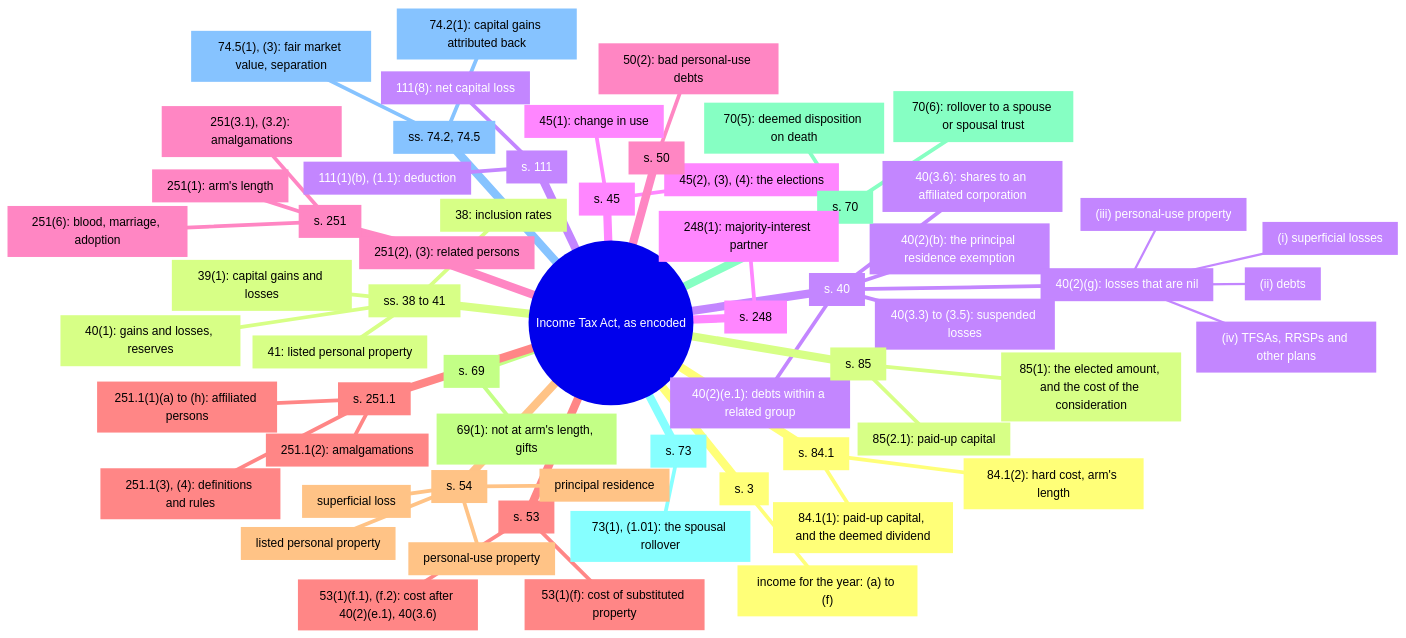
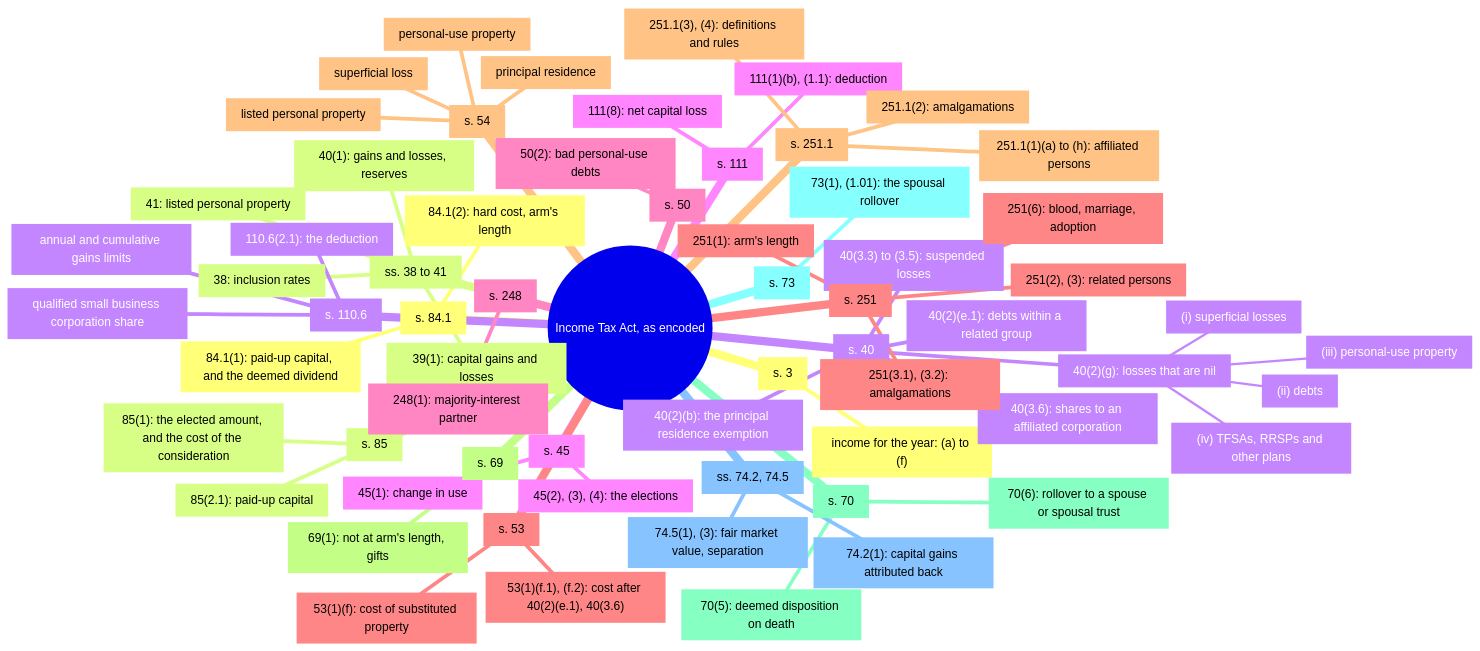
The fourth of 4 diagrams in docs/graphs/dashboard.md (SeanWMurray/Canteen), drawn with Mermaid before and after one commit. The commit also changed other lines of this file and 16 other files, not shown here.

First line of the commit message:
Encode the capital gains deduction: 110.6(1) and (2.1)

````diff
--- a/docs/graphs/dashboard.md
+++ b/docs/graphs/dashboard.md
@@ -66,64 +66,68 @@
 ```mermaid
 mindmap
   root((Income Tax Act, as encoded))
     n0["`s. 3`"]
       n1["`income for the year: (a) to (f)`"]
     n2["`ss. 38 to 41`"]
       n3["`38: inclusion rates`"]
       n4["`39(1): capital gains and losses`"]
       n5["`40(1): gains and losses, reserves`"]
       n6["`41: listed personal property`"]
     n7["`s. 40`"]
       n8["`40(2)(b): the principal residence exemption`"]
       n9["`40(2)(g): losses that are nil`"]
         n10["`(i) superficial losses`"]
         n11["`(ii) debts`"]
         n12["`(iii) personal-use property`"]
         n13["`(iv) TFSAs, RRSPs and other plans`"]
       n14["`40(2)(e.1): debts within a related group`"]
       n15["`40(3.3) to (3.5): suspended losses`"]
       n16["`40(3.6): shares to an affiliated corporation`"]
     n17["`s. 45`"]
       n18["`45(1): change in use`"]
       n19["`45(2), (3), (4): the elections`"]
     n20["`s. 50`"]
       n21["`50(2): bad personal-use debts`"]
     n22["`s. 53`"]
       n23["`53(1)(f): cost of substituted property`"]
       n24["`53(1)(f.1), (f.2): cost after 40(2)(e.1), 40(3.6)`"]
     n25["`s. 54`"]
       n26["`superficial loss`"]
       n27["`principal residence`"]
       n28["`personal-use property`"]
       n29["`listed personal property`"]
     n30["`s. 69`"]
       n31["`69(1): not at arm's length, gifts`"]
     n32["`s. 70`"]
       n33["`70(5): deemed disposition on death`"]
       n34["`70(6): rollover to a spouse or spousal trust`"]
     n35["`s. 73`"]
       n36["`73(1), (1.01): the spousal rollover`"]
     n37["`ss. 74.2, 74.5`"]
       n38["`74.2(1): capital gains attributed back`"]
       n39["`74.5(1), (3): fair market value, separation`"]
     n40["`s. 84.1`"]
       n41["`84.1(1): paid-up capital, and the deemed dividend`"]
       n42["`84.1(2): hard cost, arm's length`"]
     n43["`s. 85`"]
       n44["`85(1): the elected amount, and the cost of the consideration`"]
       n45["`85(2.1): paid-up capital`"]
-    n46["`s. 111`"]
-      n47["`111(8): net capital loss`"]
-      n48["`111(1)(b), (1.1): deduction`"]
-    n49["`s. 248`"]
-      n50["`248(1): majority-interest partner`"]
-    n51["`s. 251`"]
-      n52["`251(1): arm's length`"]
-      n53["`251(2), (3): related persons`"]
-      n54["`251(3.1), (3.2): amalgamations`"]
-      n55["`251(6): blood, marriage, adoption`"]
-    n56["`s. 251.1`"]
-      n57["`251.1(1)(a) to (h): affiliated persons`"]
-      n58["`251.1(2): amalgamations`"]
-      n59["`251.1(3), (4): definitions and rules`"]
+    n46["`s. 110.6`"]
+      n47["`qualified small business corporation share`"]
+      n48["`annual and cumulative gains limits`"]
+      n49["`110.6(2.1): the deduction`"]
+    n50["`s. 111`"]
+      n51["`111(8): net capital loss`"]
+      n52["`111(1)(b), (1.1): deduction`"]
+    n53["`s. 248`"]
+      n54["`248(1): majority-interest partner`"]
+    n55["`s. 251`"]
+      n56["`251(1): arm's length`"]
+      n57["`251(2), (3): related persons`"]
+      n58["`251(3.1), (3.2): amalgamations`"]
+      n59["`251(6): blood, marriage, adoption`"]
+    n60["`s. 251.1`"]
+      n61["`251.1(1)(a) to (h): affiliated persons`"]
+      n62["`251.1(2): amalgamations`"]
+      n63["`251.1(3), (4): definitions and rules`"]
 ```
````
